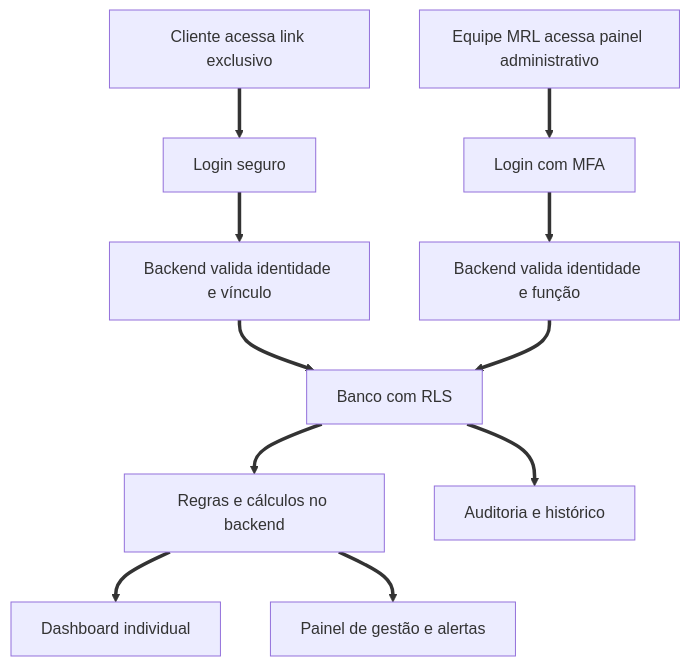
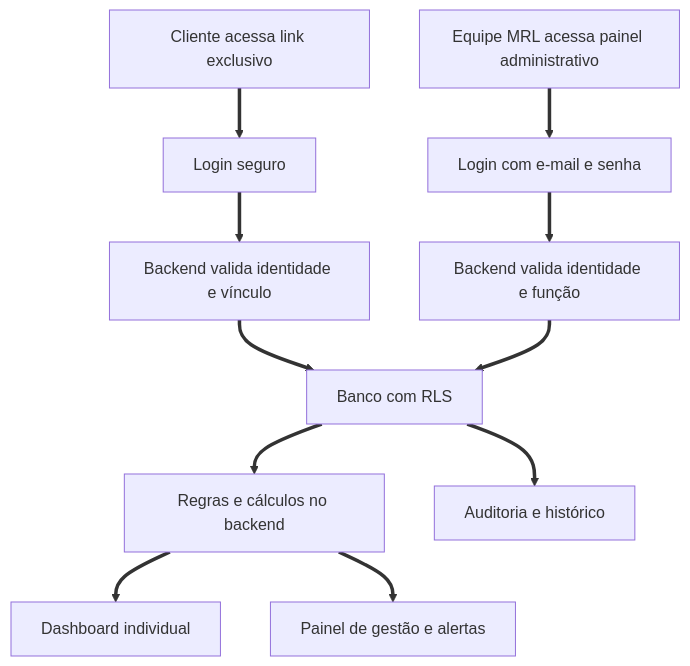
The first of 2 diagrams in docs/PROJECT_LOGIC.md (MrlTravelGit/Gest-o---MRL-Travel), drawn with Mermaid before and after one commit. The commit also changed other lines of this file and 28 other files, not shown here.

````diff
--- a/docs/PROJECT_LOGIC.md
+++ b/docs/PROJECT_LOGIC.md
@@ -53,13 +66,13 @@
 ```mermaid
 flowchart TD
     A[Cliente acessa link exclusivo] ==> B[Login seguro]
-    C[Equipe MRL acessa painel administrativo] ==> D[Login com MFA]
+    C[Equipe MRL acessa painel administrativo] ==> D[Login com e-mail e senha]
     B ==> E[Backend valida identidade e vínculo]
     D ==> F[Backend valida identidade e função]
     E ==> G[Banco com RLS]
     F ==> G
     G ==> H[Regras e cálculos no backend]
     H ==> I[Dashboard individual]
     H ==> J[Painel de gestão e alertas]
     G ==> K[Auditoria e histórico]
 ```
````
